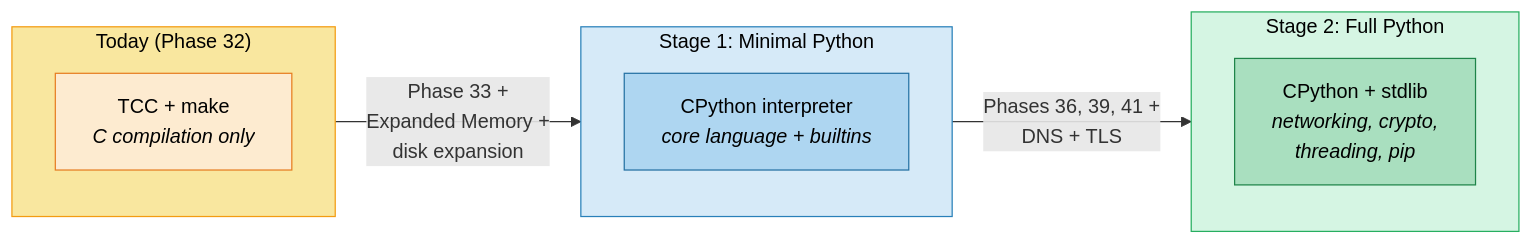
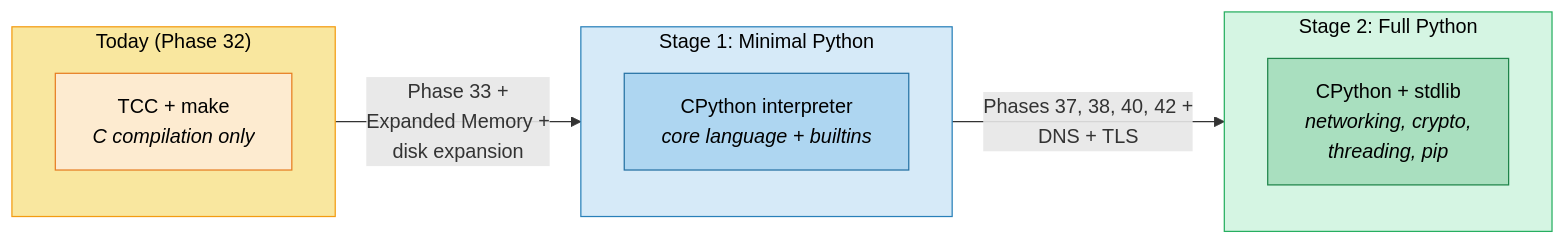
The first of 5 diagrams in docs/python-roadmap.md (mikecubed/m3OS), drawn with Mermaid before and after one commit. The commit also changed other lines of this file and 6 other files, not shown here.

````diff
--- a/docs/python-roadmap.md
+++ b/docs/python-roadmap.md
@@ -10,26 +10,26 @@
 ```mermaid
 flowchart LR
     subgraph TODAY ["Today (Phase 32)"]
         TCC["TCC + make<br/><i>C compilation only</i>"]
     end
 
     subgraph STAGE1 ["Stage 1: Minimal Python"]
         direction TB
         PY["CPython interpreter<br/><i>core language + builtins</i>"]
     end
 
     subgraph STAGE2 ["Stage 2: Full Python"]
         direction TB
         FULL["CPython + stdlib<br/><i>networking, crypto,<br/>threading, pip</i>"]
     end
 
     TODAY -->|"Phase 33 +<br/>Expanded Memory +<br/>disk expansion"| STAGE1
-    STAGE1 -->|"Phases 36, 39, 41 +<br/>DNS + TLS"| STAGE2
+    STAGE1 -->|"Phases 37, 38, 40, 42 +<br/>DNS + TLS"| STAGE2
 
     style TODAY fill:#f9e79f,stroke:#f39c12,color:#000
     style STAGE1 fill:#d6eaf8,stroke:#2980b9,color:#000
     style STAGE2 fill:#d5f5e3,stroke:#27ae60,color:#000
     style TCC fill:#fdebd0,stroke:#e67e22,color:#000
     style PY fill:#aed6f1,stroke:#2471a3,color:#000
     style FULL fill:#a9dfbf,stroke:#1e8449,color:#000
 ```
````
